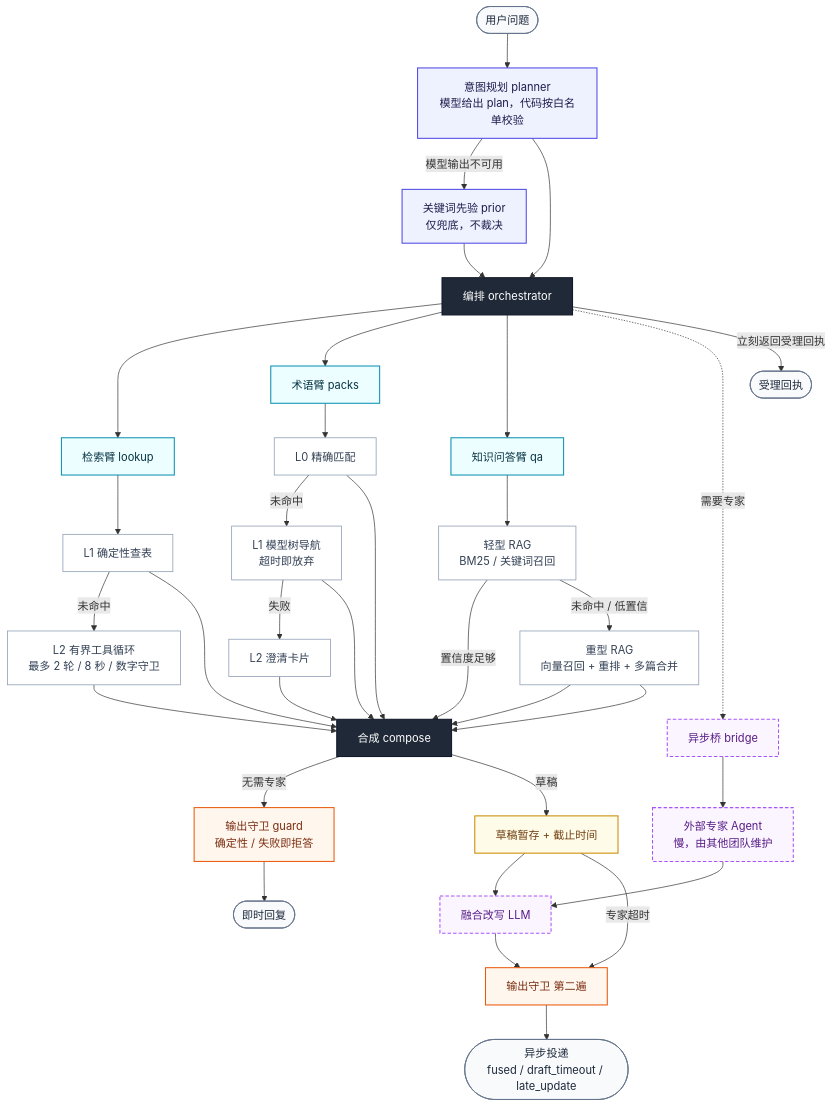
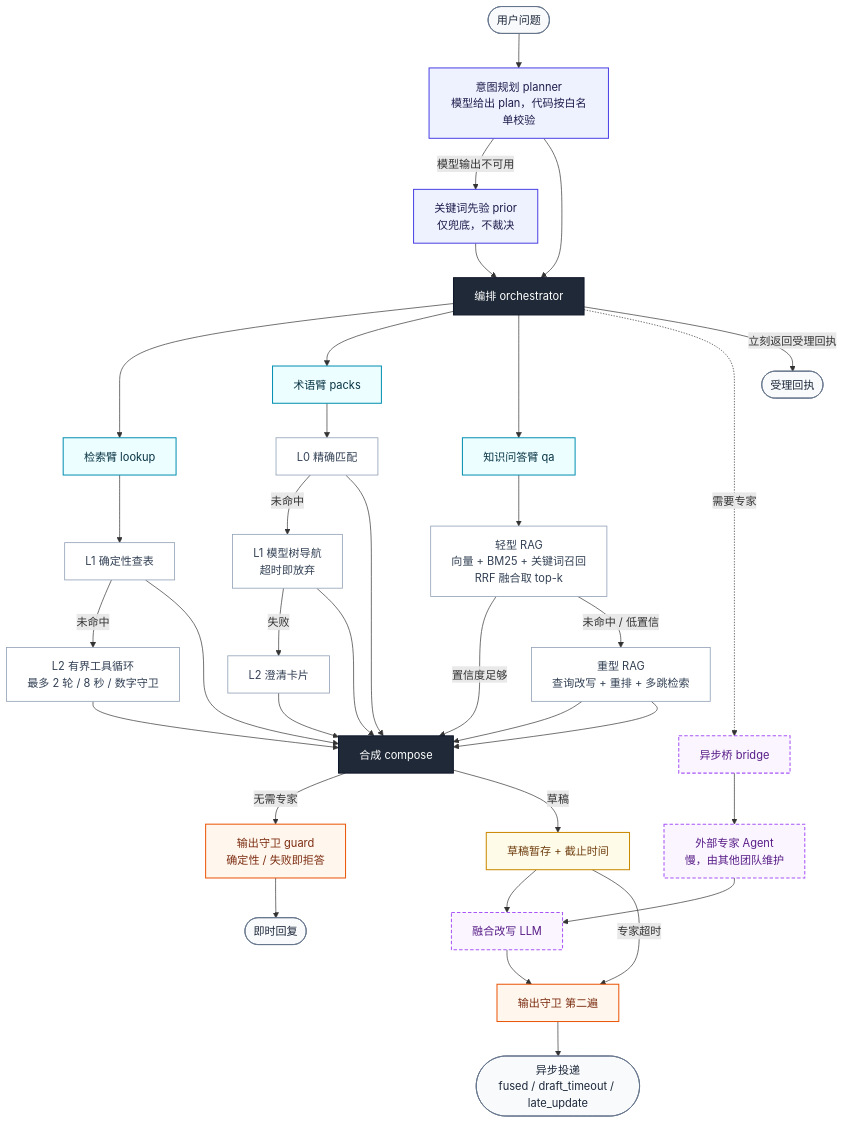
The diagram in docs/architecture.md (Losehope/agent-architecture-portfolio), drawn with Mermaid before and after one commit. The commit also changed other lines of this file and 4 other files, not shown here.

````diff
--- a/docs/architecture.md
+++ b/docs/architecture.md
@@ -11,59 +11,59 @@
 ```mermaid
 flowchart TD
     U([用户问题]) --> P[意图规划 planner<br/>模型给出 plan，代码按白名单校验]
     P -->|模型输出不可用| K[关键词先验 prior<br/>仅兜底，不裁决]
     P --> O[编排 orchestrator]
     K --> O
 
     O --> L[检索臂 lookup]
     O --> W[术语臂 packs]
     O --> Q[知识问答臂 qa]
     O -.需要专家.-> B[异步桥 bridge]
 
     L --> L1[L1 确定性查表]
     L1 -->|未命中| L2[L2 有界工具循环<br/>最多 2 轮 / 8 秒 / 数字守卫]
     W --> W0[L0 精确匹配]
     W0 -->|未命中| W1[L1 模型树导航<br/>超时即放弃]
     W1 -->|失败| W2[L2 澄清卡片]
-    Q --> R0[轻型 RAG<br/>BM25 / 关键词召回]
+    Q --> R0[轻型 RAG<br/>向量 + BM25 + 关键词召回<br/>RRF 融合取 top-k]
     R0 -->|置信度足够| C
-    R0 -->|未命中 / 低置信| R1[重型 RAG<br/>向量召回 + 重排 + 多篇合并]
+    R0 -->|未命中 / 低置信| R1[重型 RAG<br/>查询改写 + 重排 + 多跳检索]
     R1 --> C
 
     L1 --> C[合成 compose]
     L2 --> C
     W0 --> C
     W1 --> C
     W2 --> C
     R1 --> C
 
     C -->|无需专家| G[输出守卫 guard<br/>确定性 / 失败即拒答]
     G --> A([即时回复])
 
     C -->|草稿| H[草稿暂存 + 截止时间]
     B --> S[外部专家 Agent<br/>慢，由其他团队维护]
     O -->|立刻返回受理回执| A0([受理回执])
     S --> F[融合改写 LLM]
     H --> F
     H -->|专家超时| G2
     F --> G2[输出守卫 第二遍]
     G2 --> D([异步投递<br/>fused / draft_timeout / late_update])
 
     classDef model fill:#eef2ff,stroke:#4f46e5,stroke-width:1.5px,color:#1e1b4b;
     classDef core  fill:#1f2937,stroke:#0f172a,stroke-width:1.5px,color:#ffffff;
     classDef arm   fill:#ecfeff,stroke:#0891b2,stroke-width:1.5px,color:#083344;
     classDef level fill:#ffffff,stroke:#94a3b8,stroke-width:1.2px,color:#334155;
     classDef guard fill:#fff7ed,stroke:#ea580c,stroke-width:1.5px,color:#7c2d12;
     classDef draft fill:#fefce8,stroke:#ca8a04,stroke-width:1.5px,color:#713f12;
     classDef ext   fill:#faf5ff,stroke:#a855f7,stroke-width:1.5px,stroke-dasharray:5 3,color:#581c87;
     classDef io    fill:#f8fafc,stroke:#64748b,stroke-width:1.2px,color:#1e293b;
 
     class U,A,A0,D io;
     class P,K model;
     class O,C core;
     class L,W,Q arm;
     class L1,L2,W0,W1,W2,R0,R1 level;
     class G,G2 guard;
     class H draft;
     class B,S,F ext;
 ```
````
